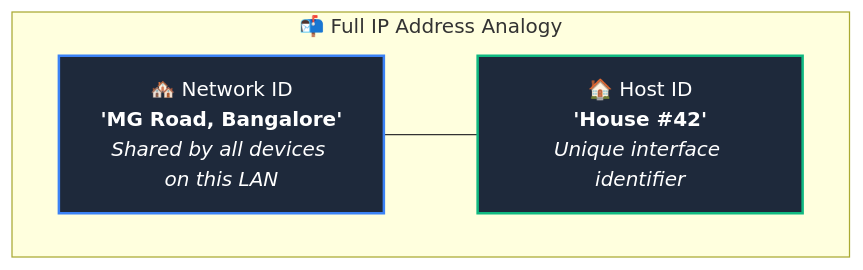
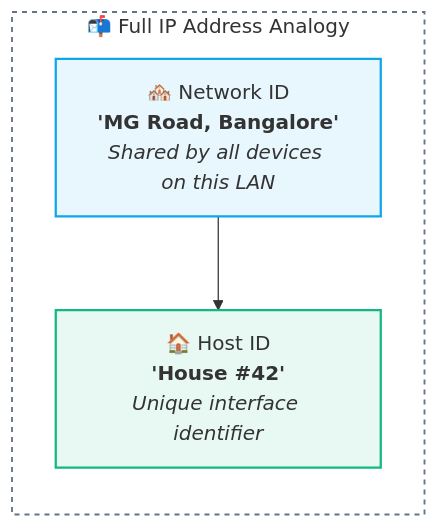
Before and after one commit to abhinavbharti2345/CS_Notes: the first of 2 diagrams in Computer Networking/Network ID and Host ID.md, drawn with Mermaid. The commit also changed other lines of this file and 47 other files, not shown here.

Commit message:
docs: add computer science study notes and generate graphify visualization output

````diff
--- a/Computer Networking/Network ID and Host ID.md
+++ b/Computer Networking/Network ID and Host ID.md
@@ -27,14 +27,16 @@
 ```mermaid
 flowchart TD
     subgraph FullAddress ["📬 Full IP Address Analogy"]
-        direction LR
+        direction TD
         Net["🏘️ Network ID<br/><b>'MG Road, Bangalore'</b><br/><i>Shared by all devices on this LAN</i>"]
         Host["🏠 Host ID<br/><b>'House #42'</b><br/><i>Unique interface identifier</i>"]
-        Net --- Host
+        Net --> Host
     end
 
-    classDef net fill:#1e293b,stroke:#3b82f6,stroke-width:2px,color:#fff;
-    classDef host fill:#1e293b,stroke:#10b981,stroke-width:2px,color:#fff;
+    style FullAddress fill:none,stroke:#64748b,stroke-width:1.5px,stroke-dasharray:4 4
+
+    classDef net fill:#0ea5e918,stroke:#0ea5e9,stroke-width:1.8px;
+    classDef host fill:#10b98118,stroke:#10b981,stroke-width:1.8px;
     class Net net;
     class Host host;
 ```
````
